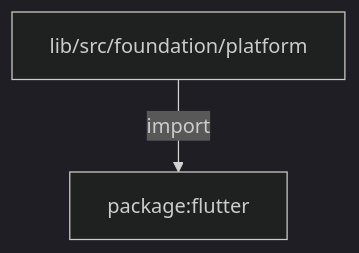
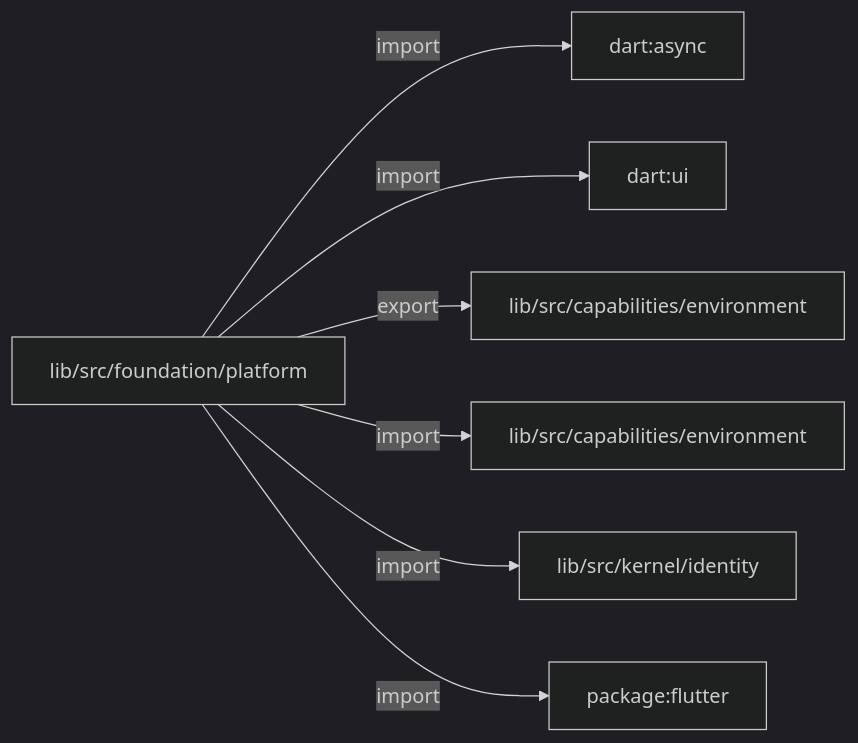
One commit to MiuDog/Kallopis changed the first of 2 diagrams in docs/architecture/src/foundation/platform/README.md. Above: the diagram before and after it, drawn with Mermaid (dark theme). The commit also changed other lines of this file and 9688 other files, not shown here.

Commit message:
Prepare isolated Flow F2 peer baseline

````diff
--- a/docs/architecture/src/foundation/platform/README.md
+++ b/docs/architecture/src/foundation/platform/README.md
@@ -13,6 +13,16 @@
 ```mermaid
-flowchart TD
+flowchart LR
 	n0["lib/src/foundation/platform"]
-	n1["package:flutter"]
+	n1["dart:async"]
+	n2["dart:ui"]
+	n3["lib/src/capabilities/environment"]
+	n4["lib/src/capabilities/environment"]
+	n5["lib/src/kernel/identity"]
+	n6["package:flutter"]
 	n0 -->|"import"| n1
+	n0 -->|"import"| n2
+	n0 -->|"export"| n3
+	n0 -->|"import"| n4
+	n0 -->|"import"| n5
+	n0 -->|"import"| n6
 ```
````
